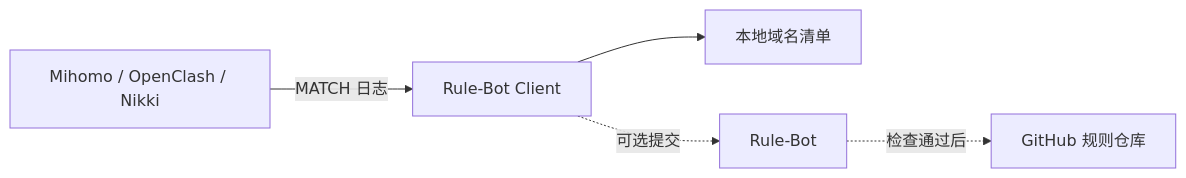
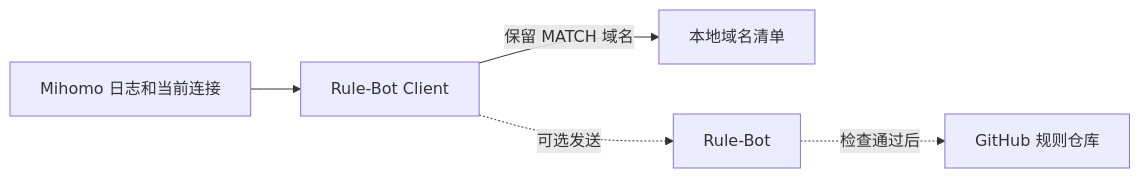
The diagram in README.md (Aethersailor/Rule-Bot-Client), drawn with Mermaid before and after one commit. The commit also changed other lines of this file and 2 other files, not shown here.

````diff
--- a/README.md
+++ b/README.md
@@ -18,7 +24,7 @@
 ```mermaid
 flowchart LR
-    A["Mihomo / OpenClash / Nikki"] -->|"MATCH 日志"| B["Rule-Bot Client"]
-    B --> C["本地域名清单"]
-    B -. "可选提交" .-> D["Rule-Bot"]
+    A["Mihomo 日志和当前连接"] --> B["Rule-Bot Client"]
+    B -->|"保留 MATCH 域名"| C["本地域名清单"]
+    B -. "可选发送" .-> D["Rule-Bot"]
     D -. "检查通过后" .-> E["GitHub 规则仓库"]
 ```
````
